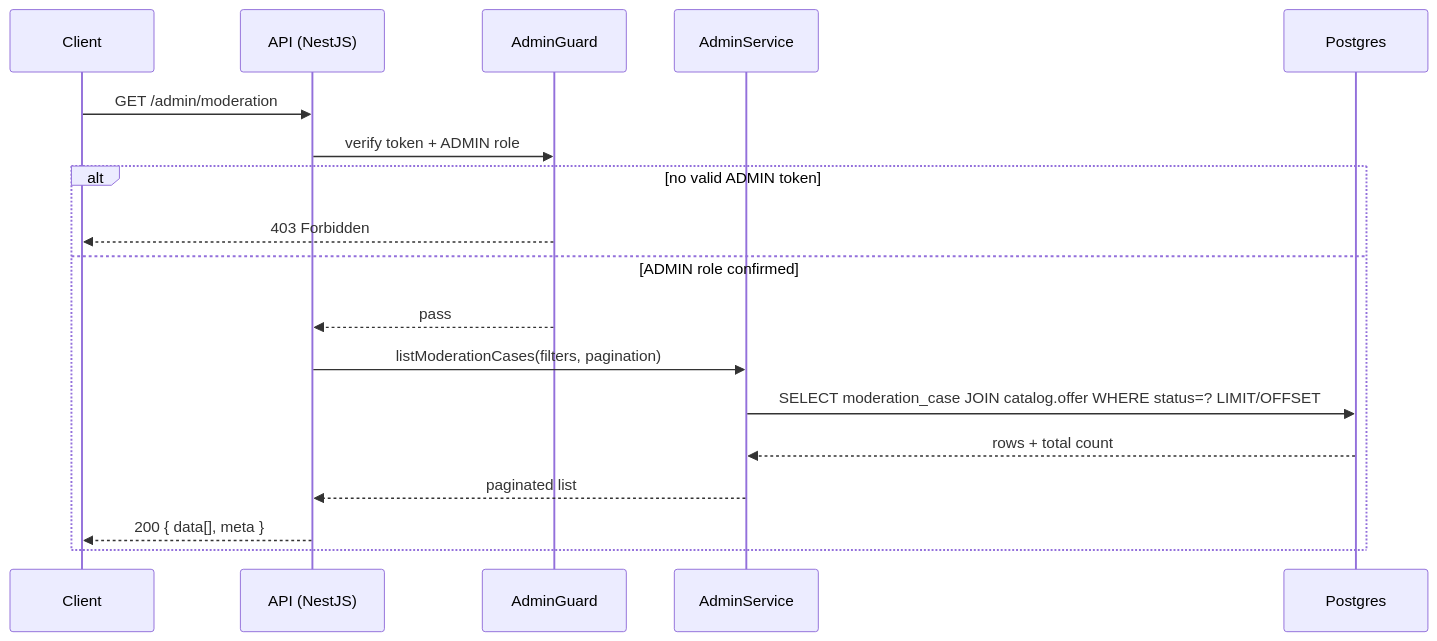
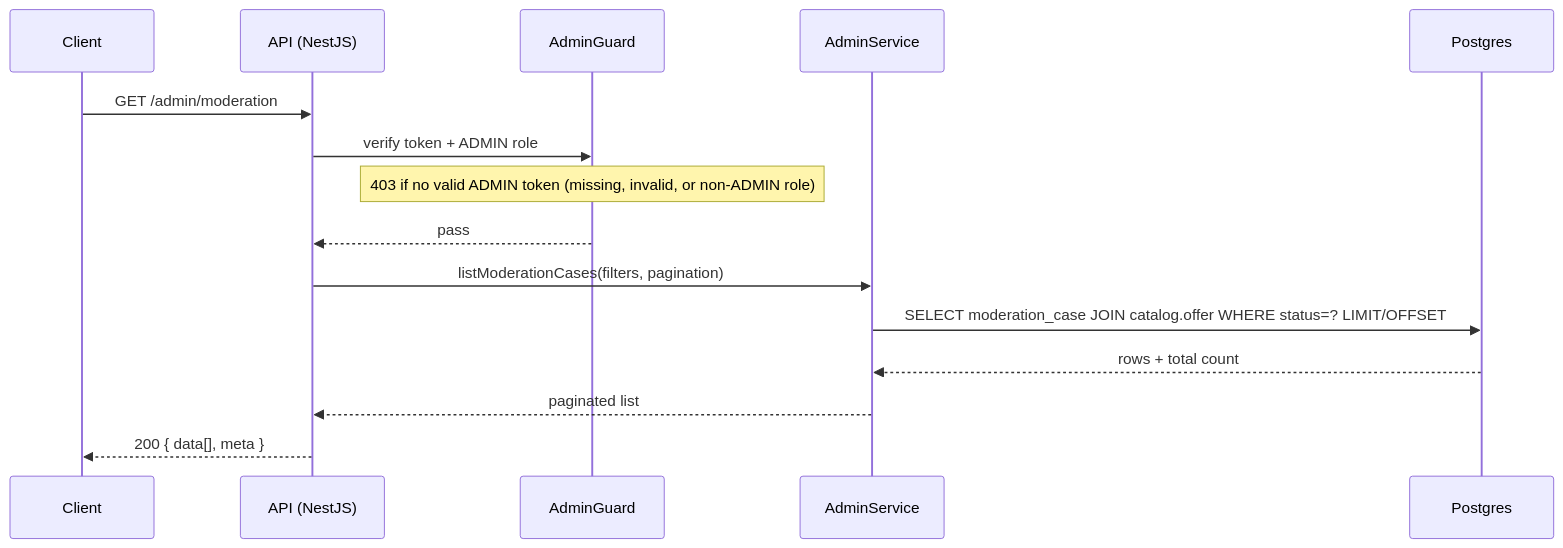
One commit to alisa-uthi/aliceut-ecom-document changed the eighth of 12 diagrams in phase-1/technical-design/api-design/admin.md. Above: the diagram before and after it, drawn with Mermaid. The commit also changed other lines of this file and 35 other files, not shown here.

````diff
--- a/phase-1/technical-design/api-design/admin.md
+++ b/phase-1/technical-design/api-design/admin.md
@@ -481,21 +460,18 @@
 ```mermaid
 sequenceDiagram
     participant C as Client
     participant API as API (NestJS)
     participant G as AdminGuard
     participant S as AdminService
     participant PG as Postgres
 
     C->>API: GET /admin/moderation
     API->>G: verify token + ADMIN role
-    alt no valid ADMIN token
-        G-->>C: 403 Forbidden
-    else ADMIN role confirmed
-        G-->>API: pass
-        API->>S: listModerationCases(filters, pagination)
-        S->>PG: SELECT moderation_case JOIN catalog.offer WHERE status=? LIMIT/OFFSET
-        PG-->>S: rows + total count
-        S-->>API: paginated list
-        API-->>C: 200 { data[], meta }
-    end
+    Note over G: 403 if no valid ADMIN token (missing, invalid, or non-ADMIN role)
+    G-->>API: pass
+    API->>S: listModerationCases(filters, pagination)
+    S->>PG: SELECT moderation_case JOIN catalog.offer WHERE status=? LIMIT/OFFSET
+    PG-->>S: rows + total count
+    S-->>API: paginated list
+    API-->>C: 200 { data[], meta }
 ```
````
